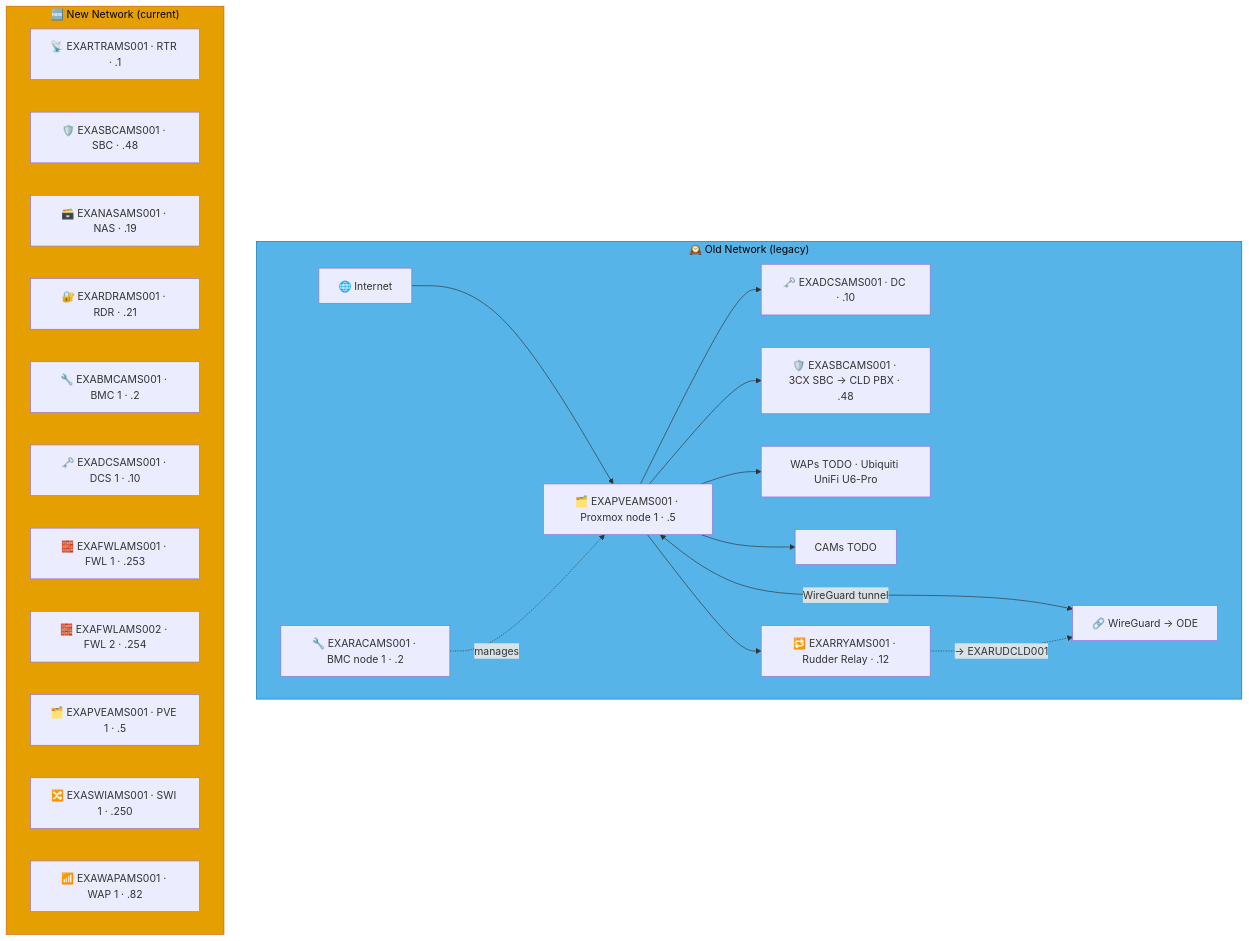
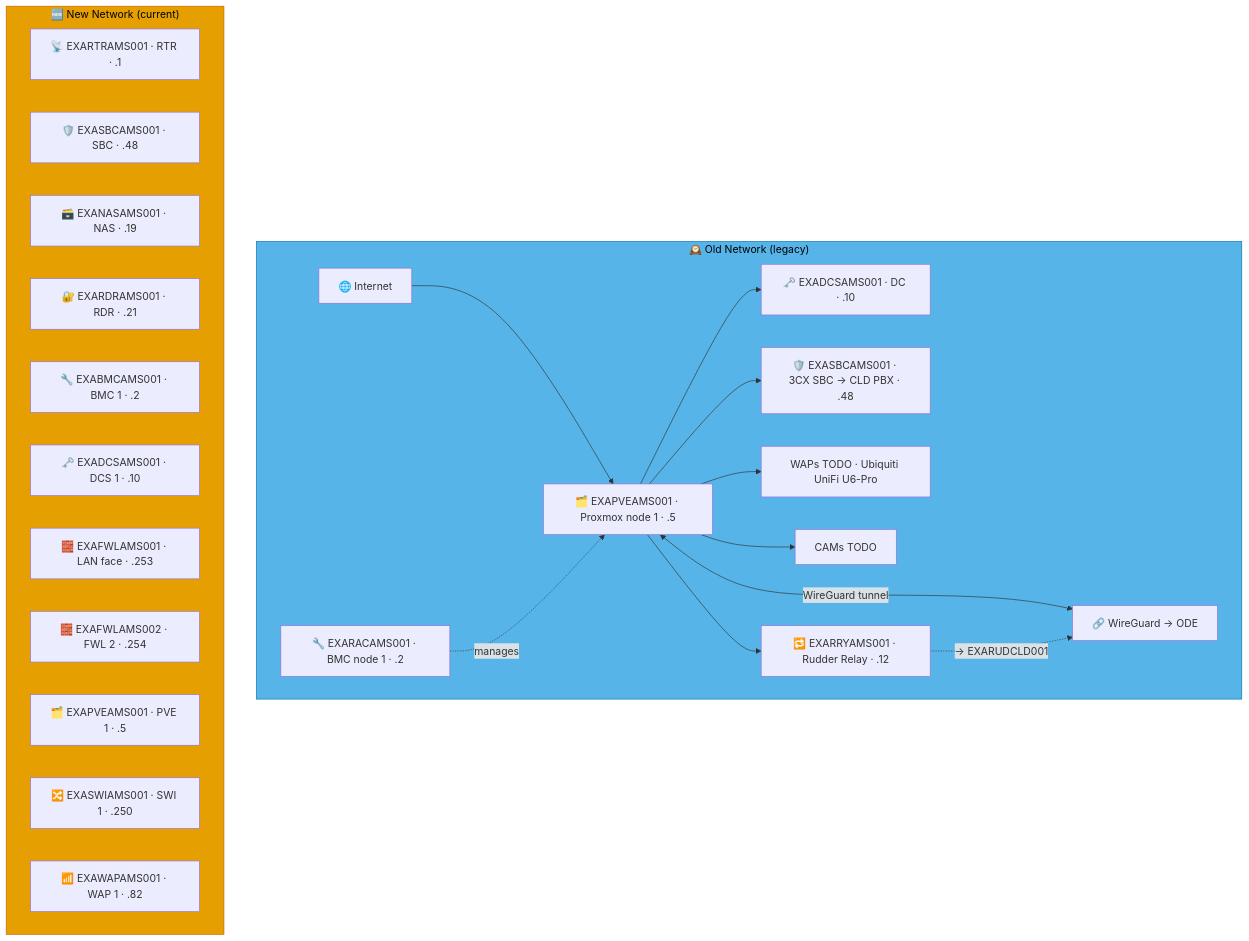
Before and after one commit to knightmare2600/example_music_infra: the diagram in docs/network-diagram/nederland.md, drawn with Mermaid. The commit also changed 17 other files, not shown here.

````diff
--- a/docs/network-diagram/nederland.md
+++ b/docs/network-diagram/nederland.md
@@ -16,39 +16,39 @@
 ```mermaid
 graph TD
     subgraph OLD_AMS ["🕰️ Old Network (legacy)"]
       INET["🌐 Internet"]
       RAC["🔧 EXARACAMS001 · BMC node 1 · .2"]
       PVE["🗂️ EXAPVEAMS001 · Proxmox node 1 · .5"]
       DC["🗝️ EXADCSAMS001 · DC · .10"]
       SBC["🛡️ EXASBCAMS001 · 3CX SBC → CLD PBX · .48"]
       RRY["🔁 EXARRYAMS001 · Rudder Relay · .12"]
       WAP["WAPs TODO · Ubiquiti UniFi U6-Pro"]
       CAM["CAMs TODO"]
       VPN["🔗 WireGuard → ODE"]
 
       INET --> PVE --> DC & SBC
       RAC -.->|"manages"| PVE
       PVE --> WAP & CAM
       PVE <-->|"WireGuard tunnel"| VPN
 
       PVE --> RRY
       RRY -. "→ EXARUDCLD001" .-> VPN
     end
     style OLD_AMS fill:#56B4E9,stroke:#0072B2,color:#000000
     %% GENERATED:NEW-NETWORK:AMS:START
     subgraph NEW_AMS ["🆕 New Network (current)"]
       N_RTR["📡 EXARTRAMS001 · RTR · .1"]
       N_SBC["🛡️ EXASBCAMS001 · SBC · .48"]
       N_NAS["🗃️ EXANASAMS001 · NAS · .19"]
       N_RDR["🔐 EXARDRAMS001 · RDR · .21"]
       N_BMC["🔧 EXABMCAMS001 · BMC 1 · .2"]
       N_DCS["🗝️ EXADCSAMS001 · DCS 1 · .10"]
-      N_FWL["🧱 EXAFWLAMS001 · FWL 1 · .253"]
+      N_FWL["🧱 EXAFWLAMS001 · LAN face · .253"]
       N_FWL2["🧱 EXAFWLAMS002 · FWL 2 · .254"]
       N_PVE["🗂️ EXAPVEAMS001 · PVE 1 · .5"]
       N_SWI["🔀 EXASWIAMS001 · SWI 1 · .250"]
       N_WAP["📶 EXAWAPAMS001 · WAP 1 · .82"]
     end
     style NEW_AMS fill:#E69F00,stroke:#D55E00,color:#000000
     %% GENERATED:NEW-NETWORK:AMS:END
 ```
````
